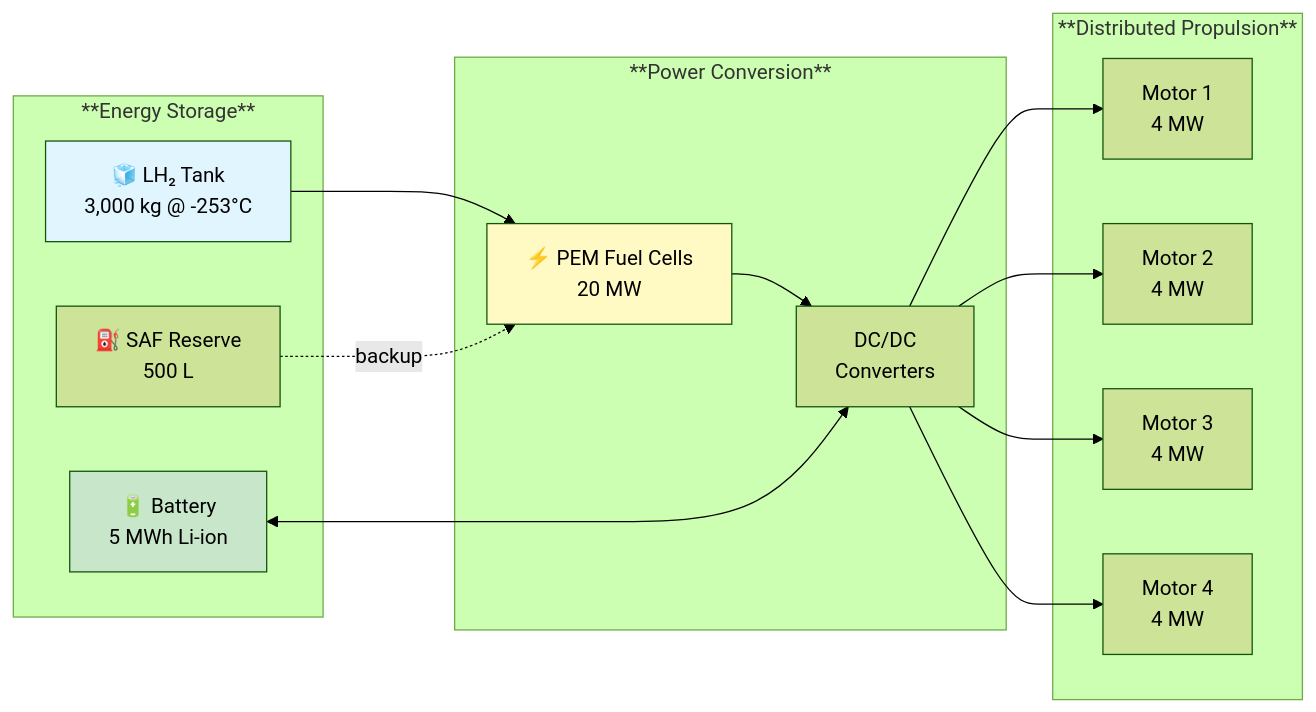
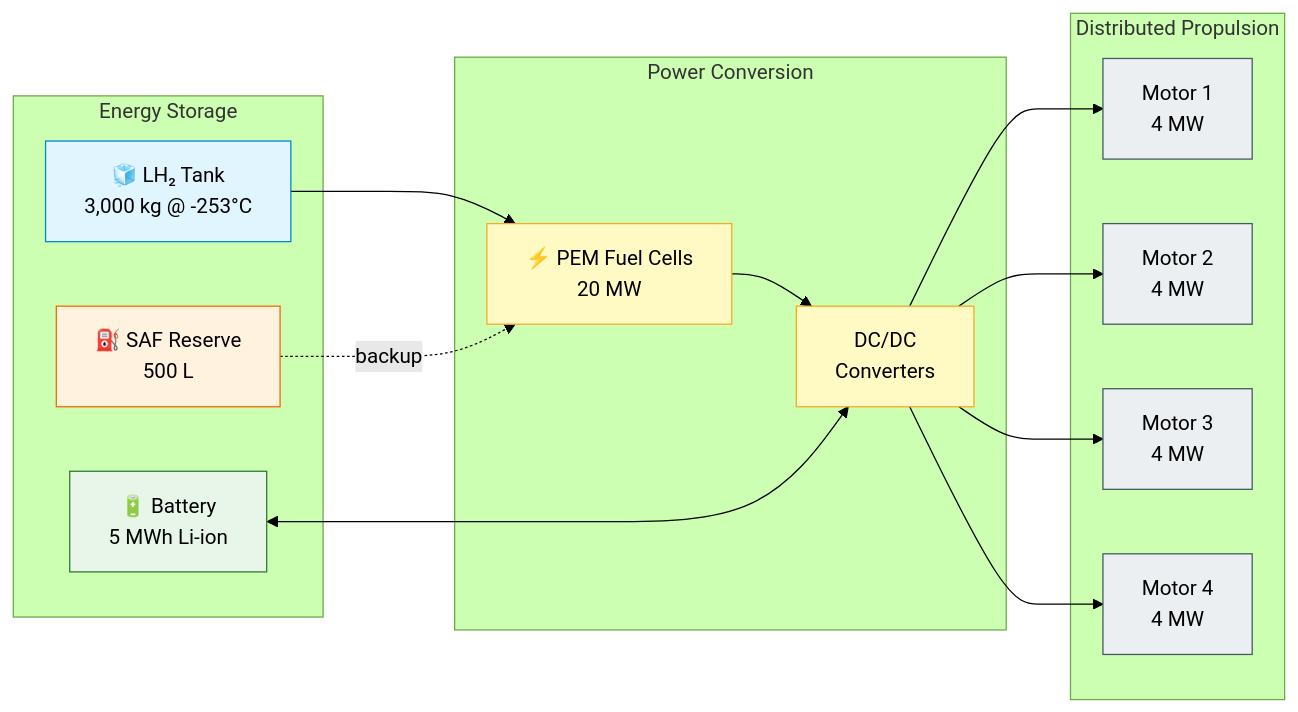
One commit to AmedeoPelliccia/AMPEL360-BWB-H2-Hy-E changed the first of 6 diagrams in README.md. Above: the diagram before and after it, drawn with Mermaid (forest theme). The commit also changed other lines of this file, not shown here.

`````diff
--- a/README.md
+++ b/README.md
@@ -70,30 +70,57 @@
 ```mermaid
 flowchart LR
-    subgraph Storage["**Energy Storage**"]
+    %% ===============================
+    %% STORAGE
+    %% ===============================
+    subgraph Storage["Energy Storage"]
         LH2["🧊 LH₂ Tank<br/>3,000 kg @ -253°C"]
         BAT["🔋 Battery<br/>5 MWh Li-ion"]
         SAF["⛽ SAF Reserve<br/>500 L"]
     end
 
-    subgraph Conversion["**Power Conversion**"]
+    %% ===============================
+    %% CONVERSION
+    %% ===============================
+    subgraph Conversion["Power Conversion"]
         FC["⚡ PEM Fuel Cells<br/>20 MW"]
         DC["DC/DC<br/>Converters"]
     end
 
-    subgraph Propulsion["**Distributed Propulsion**"]
+    %% ===============================
+    %% PROPULSION
+    %% ===============================
+    subgraph Propulsion["Distributed Propulsion"]
         M1["Motor 1<br/>4 MW"]
         M2["Motor 2<br/>4 MW"]
         M3["Motor 3<br/>4 MW"]
         M4["Motor 4<br/>4 MW"]
     end
 
+    %% ===============================
+    %% FLOWS
+    %% ===============================
     LH2 --> FC
     FC --> DC
     BAT <--> DC
     SAF -.->|backup| FC
     DC --> M1 & M2 & M3 & M4
 
-    style LH2 fill:#e1f5fe
-    style FC fill:#fff9c4
-    style BAT fill:#c8e6c9
+    %% ===============================
+    %% STYLES
+    %% ===============================
+
+    %% Storage group (light blue/green)
+    style LH2 fill:#e1f5fe,stroke:#0288d1,color:#000
+    style BAT fill:#e8f5e9,stroke:#2e7d32,color:#000
+    style SAF fill:#fff3e0,stroke:#ef6c00,color:#000
+
+    %% Conversion group (light yellow)
+    style FC fill:#fff9c4,stroke:#f9a825,color:#000
+    style DC fill:#fff9c4,stroke:#f9a825,color:#000
+
+    %% Propulsion group (light grey-blue)
+    style M1 fill:#eceff1,stroke:#455a64,color:#000
+    style M2 fill:#eceff1,stroke:#455a64,color:#000
+    style M3 fill:#eceff1,stroke:#455a64,color:#000
+    style M4 fill:#eceff1,stroke:#455a64,color:#000
 ````
`````
